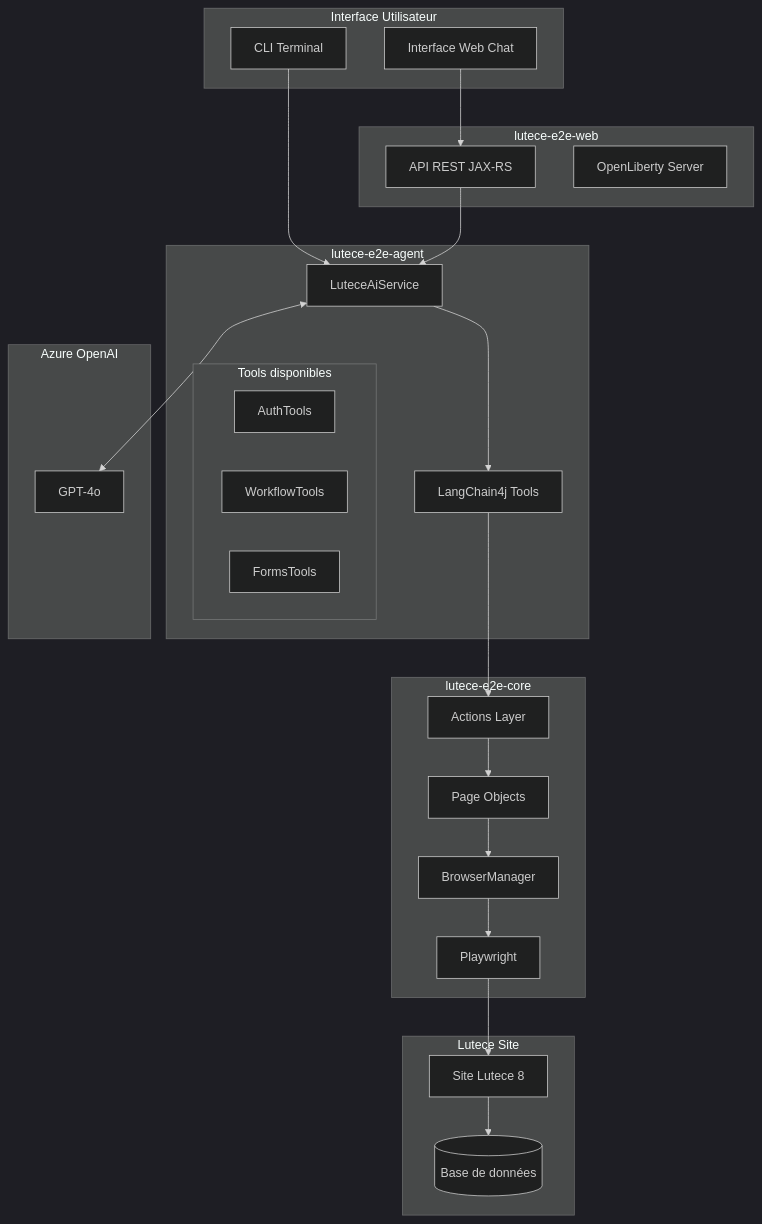
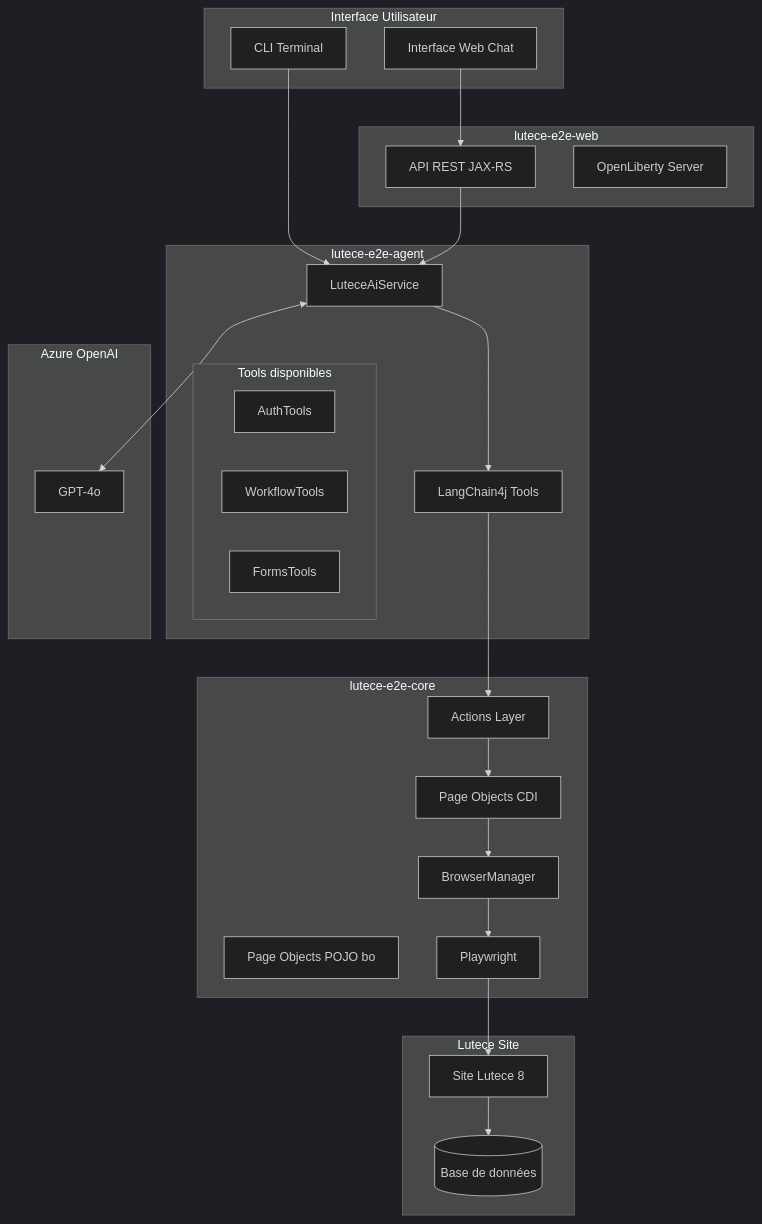
Before and after one commit to lutece-platform/lutece-e2e: the first of 6 diagrams in README.md, drawn with Mermaid (dark theme). The commit also changed other lines of this file and 19 other files, not shown here.

First line of the commit message:
refactor: move 11 bo Page Objects from lutece-e2e-tests to lutece-e2e-core

````diff
--- a/README.md
+++ b/README.md
@@ -7,50 +7,51 @@
 ```mermaid
 graph TB
     subgraph "Interface Utilisateur"
         UI[Interface Web Chat]
         CLI[CLI Terminal]
     end
 
     subgraph "lutece-e2e-web"
         REST[API REST JAX-RS]
         LIBERTY[OpenLiberty Server]
     end
 
     subgraph "lutece-e2e-agent"
         AI[LuteceAiService]
         TOOLS[LangChain4j Tools]
         subgraph "Tools disponibles"
             AUTH[AuthTools]
             WF[WorkflowTools]
             FORMS[FormsTools]
         end
     end
 
     subgraph "lutece-e2e-core"
         ACTIONS[Actions Layer]
-        PAGES[Page Objects]
+        PAGES[Page Objects CDI]
+        PAGES_BO[Page Objects POJO bo]
         BROWSER[BrowserManager]
         PW[Playwright]
     end
 
     subgraph "Lutece Site"
         LUTECE[Site Lutece 8]
         DB[(Base de données)]
     end
 
     subgraph "Azure OpenAI"
         LLM[GPT-4o]
     end
 
     UI --> REST
     CLI --> AI
     REST --> AI
     AI <--> LLM
     AI --> TOOLS
     TOOLS --> ACTIONS
     ACTIONS --> PAGES
     PAGES --> BROWSER
     BROWSER --> PW
     PW --> LUTECE
     LUTECE --> DB
 ```
````
